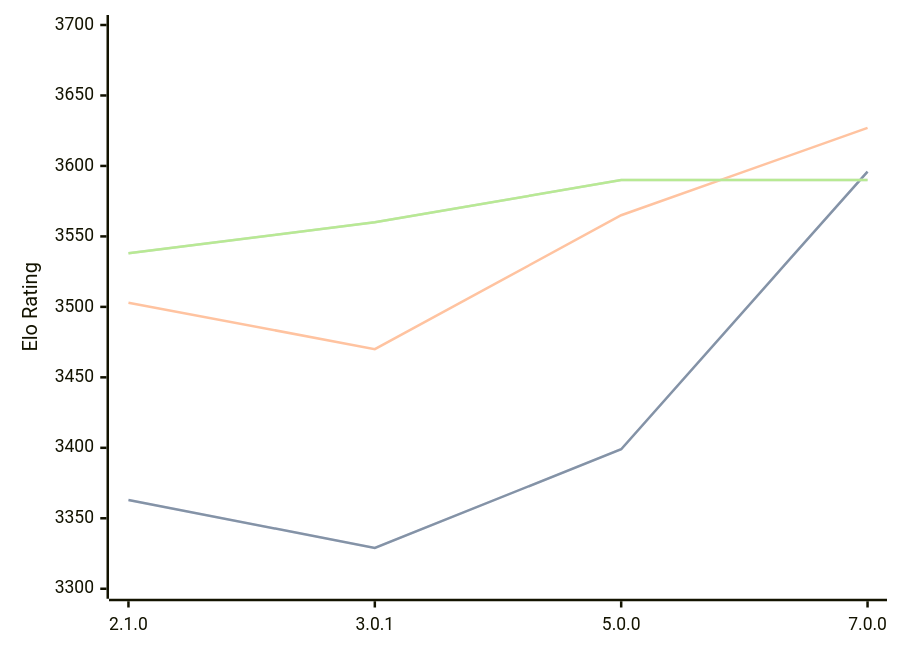
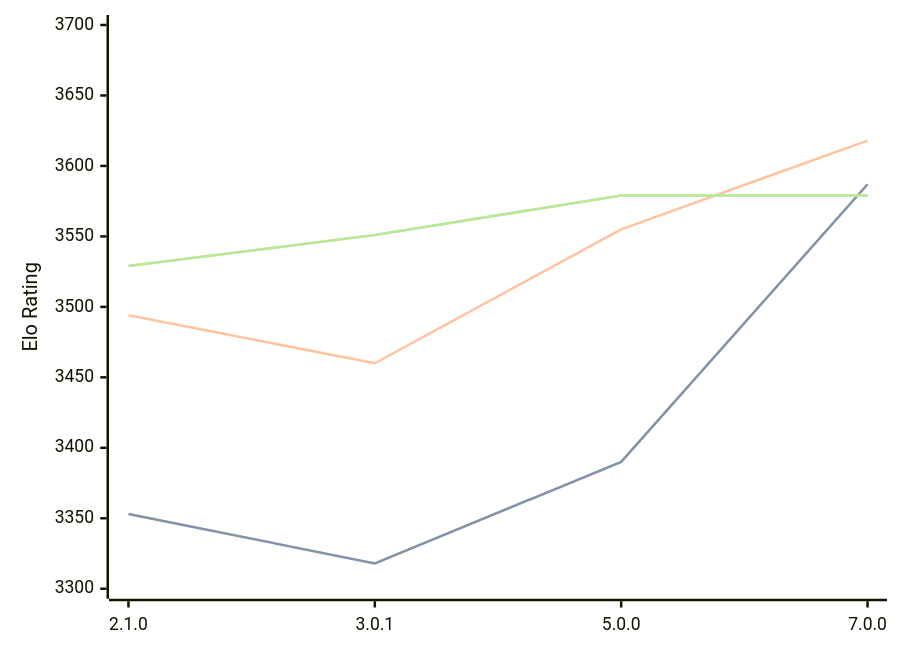
One commit to computer-chess-index/cci changed the diagram in engines/PlentyChess.md. Above: the diagram before and after it, drawn with Mermaid. The commit also changed other lines of this file, not shown here.

Commit message:
Update CCI Ratings (ELO VLTC) - 2026-03-19

````diff
--- a/engines/PlentyChess.md
+++ b/engines/PlentyChess.md
@@ -43,11 +43,11 @@
 ```mermaid
 %%{init: {"theme":"base","themeVariables":{"seriesColors:['#a3a3a3','#222221','#faa371']}}}%%
 xychart-beta
   x-axis ["2.1.0", "3.0.1", "5.0.0", "7.0.0"]
   y-axis "Elo Rating" 3300 --> 3700
-  line "STC (8.0+0.08s)" [3363, 3329, 3399, 3596]
-  line "STC (8.0+0.08s)" [3363, 3329, 3399, 3596]
-  line "LTC (60.0+0.60s)" [3503, 3470, 3565, 3627]
-  line "VLTC (2m24s+1.12s)" [3538, 3560, 3590, 3590]
-  line "VLTC (2m24s+1.12s)" [3538, 3560, 3590, 3590]
+  line "STC (8.0+0.08s)" [3353, 3318, 3390, 3587]
+  line "STC (8.0+0.08s)" [3353, 3318, 3390, 3587]
+  line "LTC (60.0+0.60s)" [3494, 3460, 3555, 3618]
+  line "VLTC (2m24s+1.12s)" [3529, 3551, 3579, 3579]
+  line "VLTC (2m24s+1.12s)" [3529, 3551, 3579, 3579]
 ```
````
